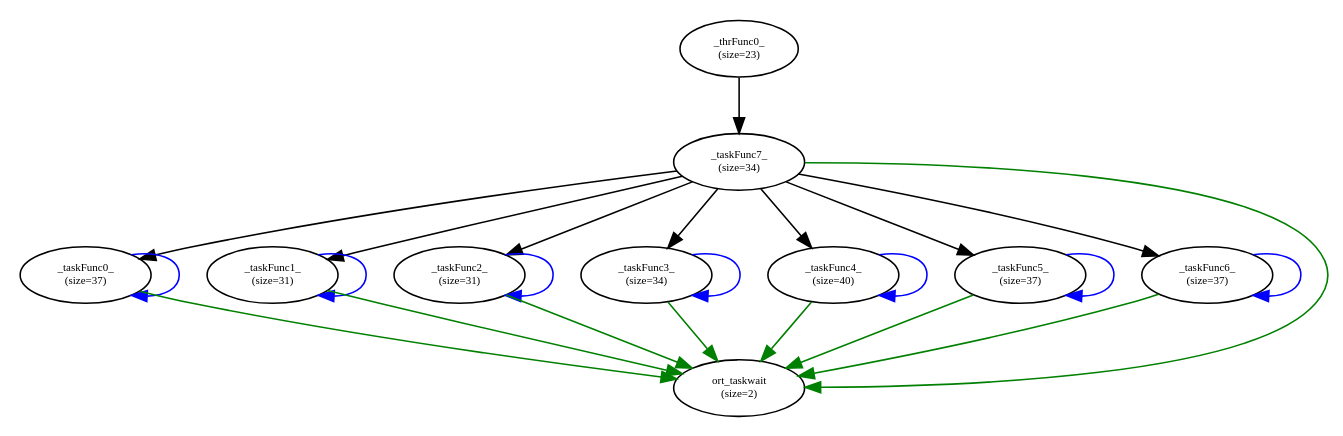
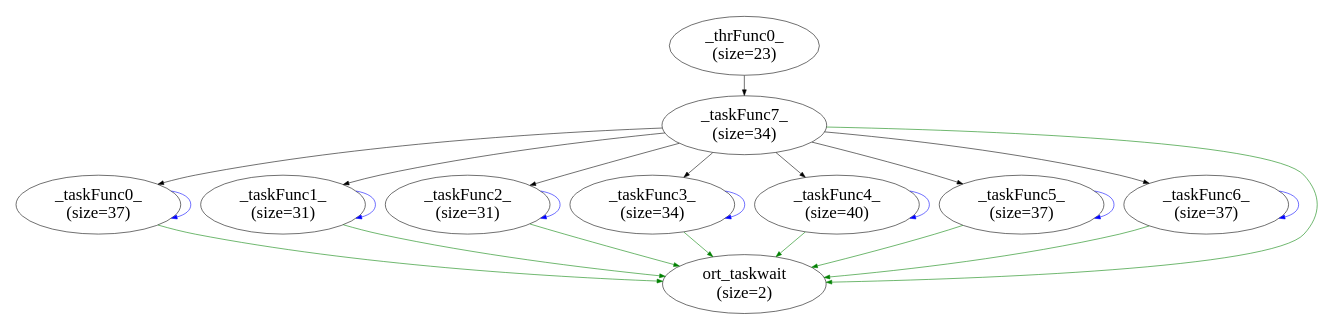
One commit to Kingtous/Bots_Task_Result changed the diagram in strassen/task/strassen.dot. Above: the diagram before and after it, drawn with Graphviz. The commit also changed 510 other files, not shown here.

```diff
--- a/strassen/task/strassen.dot
+++ b/strassen/task/strassen.dot
@@ -1,39 +1,39 @@
 digraph  {
 center=1;
 rankdir=TB;
 rotate=0;
 size="10,8";
-0 [fontsize=7, label="_thrFunc0_\n(size=23)"];
-2 [fontsize=7, label="_taskFunc7_\n(size=34)"];
-8 [fontsize=7, label="_taskFunc0_\n(size=37)"];
-9 [fontsize=7, label="_taskFunc1_\n(size=31)"];
-10 [fontsize=7, label="_taskFunc2_\n(size=31)"];
-11 [fontsize=7, label="_taskFunc3_\n(size=34)"];
-12 [fontsize=7, label="_taskFunc4_\n(size=40)"];
-13 [fontsize=7, label="_taskFunc5_\n(size=37)"];
-14 [fontsize=7, label="_taskFunc6_\n(size=37)"];
-15 [fontsize=7, label="ort_taskwait\n(size=2)"];
+0 [fontsize=30, label="_thrFunc0_\n(size=23)"];
+2 [fontsize=30, label="_taskFunc7_\n(size=34)"];
+8 [fontsize=30, label="_taskFunc0_\n(size=37)"];
+9 [fontsize=30, label="_taskFunc1_\n(size=31)"];
+10 [fontsize=30, label="_taskFunc2_\n(size=31)"];
+11 [fontsize=30, label="_taskFunc3_\n(size=34)"];
+12 [fontsize=30, label="_taskFunc4_\n(size=40)"];
+13 [fontsize=30, label="_taskFunc5_\n(size=37)"];
+14 [fontsize=30, label="_taskFunc6_\n(size=37)"];
+15 [fontsize=30, label="ort_taskwait\n(size=2)"];
 0 -> 2  [key=0];
 2 -> 8  [key=0];
 2 -> 9  [key=0];
 2 -> 10  [key=0];
 2 -> 11  [key=0];
 2 -> 12  [key=0];
 2 -> 13  [key=0];
 2 -> 14  [key=0];
 2 -> 15  [color=green, key=0];
 8 -> 8  [color=blue, key=0];
 8 -> 15  [color=green, key=0];
 9 -> 9  [color=blue, key=0];
 9 -> 15  [color=green, key=0];
 10 -> 10  [color=blue, key=0];
 10 -> 15  [color=green, key=0];
 11 -> 11  [color=blue, key=0];
 11 -> 15  [color=green, key=0];
 12 -> 12  [color=blue, key=0];
 12 -> 15  [color=green, key=0];
 13 -> 13  [color=blue, key=0];
 13 -> 15  [color=green, key=0];
 14 -> 14  [color=blue, key=0];
 14 -> 15  [color=green, key=0];
 }
```
